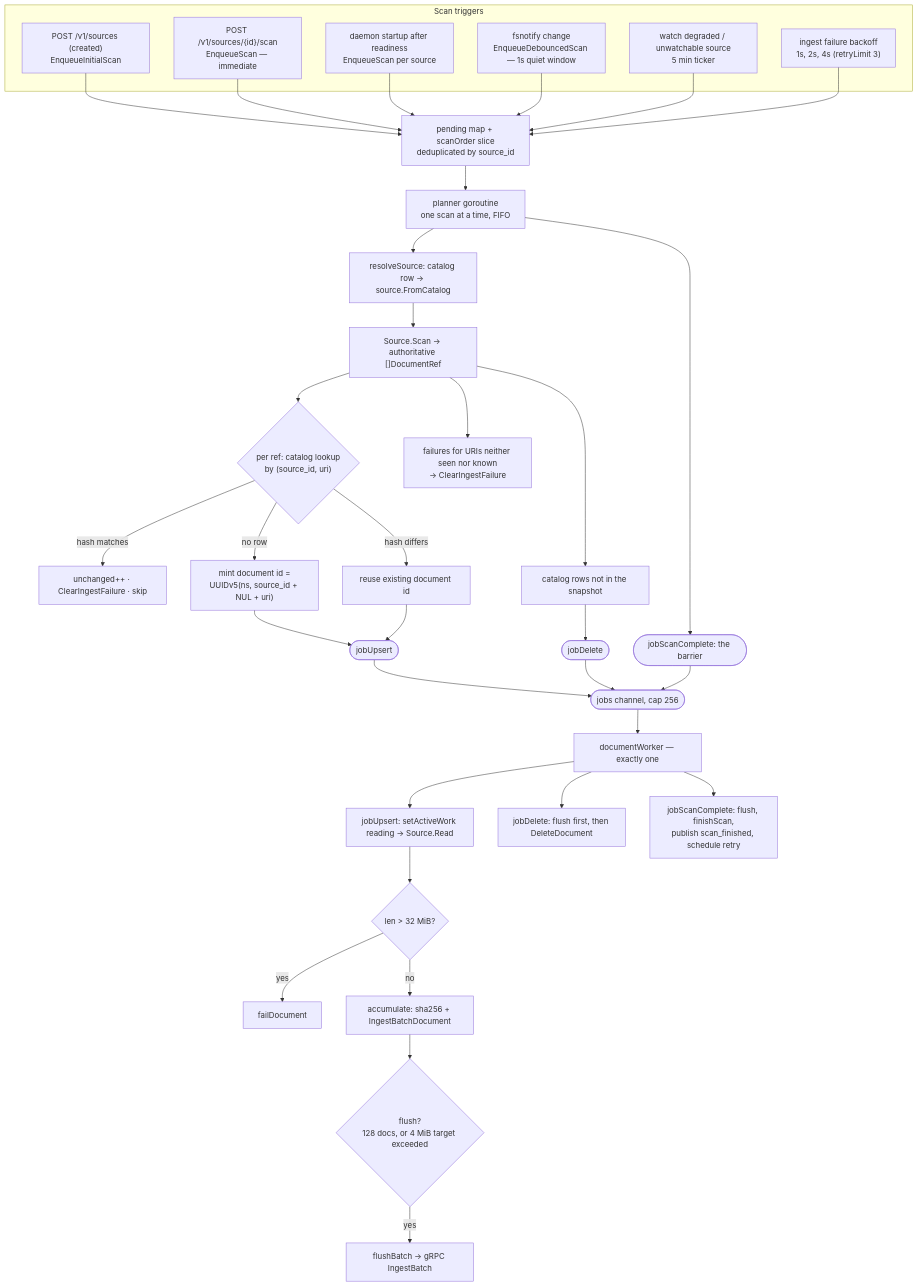
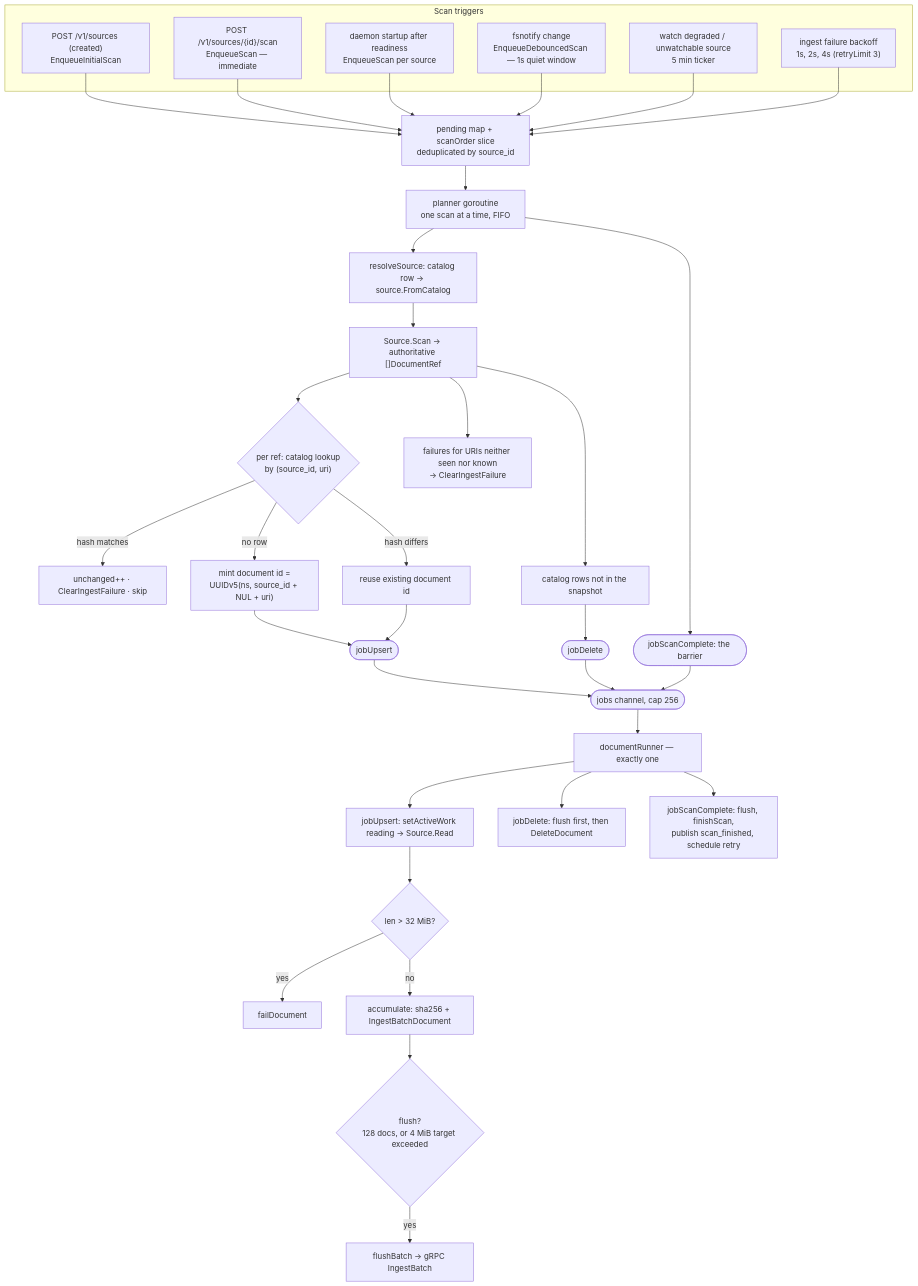
The tenth of 17 diagrams in docs/diagrams.md (alDuncanson/lum), drawn with Mermaid before and after one commit. The commit also changed other lines of this file and 107 other files, not shown here.

````diff
--- a/docs/diagrams.md
+++ b/docs/diagrams.md
@@ -453,38 +453,38 @@
 ```mermaid
 flowchart TB
     subgraph triggers["Scan triggers"]
         T1["POST /v1/sources (created)<br/>EnqueueInitialScan"]
         T2["POST /v1/sources/{id}/scan<br/>EnqueueScan — immediate"]
         T3["daemon startup after readiness<br/>EnqueueScan per source"]
         T4["fsnotify change<br/>EnqueueDebouncedScan — 1s quiet window"]
         T5["watch degraded / unwatchable source<br/>5 min ticker"]
         T6["ingest failure backoff<br/>1s, 2s, 4s (retryLimit 3)"]
     end
 
     T1 & T2 & T3 & T4 & T5 & T6 --> PEND["pending map + scanOrder slice<br/>deduplicated by source_id"]
     PEND --> PLANNER["planner goroutine<br/>one scan at a time, FIFO"]
 
     PLANNER --> RESOLVE["resolveSource: catalog row → source.FromCatalog"]
     RESOLVE --> SNAPSHOT["Source.Scan → authoritative []DocumentRef"]
     SNAPSHOT --> LOOP{"per ref: catalog lookup<br/>by (source_id, uri)"}
     LOOP -->|"hash matches"| SKIP["unchanged++ · ClearIngestFailure · skip"]
     LOOP -->|"no row"| NEW["mint document id =<br/>UUIDv5(ns, source_id + NUL + uri)"]
     LOOP -->|"hash differs"| CHANGED["reuse existing document id"]
     NEW & CHANGED --> JOB(["jobUpsert"])
     SNAPSHOT --> VANISH["catalog rows not in the snapshot"]
     VANISH --> DELJOB(["jobDelete"])
     SNAPSHOT --> STALEFAIL["failures for URIs neither seen nor known<br/>→ ClearIngestFailure"]
     JOB & DELJOB --> CHAN(["jobs channel, cap 256"])
     PLANNER --> DONE(["jobScanComplete: the barrier"])
     DONE --> CHAN
 
-    CHAN --> WORKER["documentWorker — exactly one"]
+    CHAN --> WORKER["documentRunner — exactly one"]
     WORKER --> RD["jobUpsert: setActiveWork reading → Source.Read"]
     RD --> LIMIT{"len > 32 MiB?"}
     LIMIT -->|"yes"| FAIL["failDocument"]
     LIMIT -->|"no"| ACC["accumulate: sha256 + IngestBatchDocument"]
     ACC --> FLUSHQ{"flush?<br/>128 docs, or 4 MiB target exceeded"}
     FLUSHQ -->|"yes"| FLUSH["flushBatch → gRPC IngestBatch"]
     WORKER --> DEL["jobDelete: flush first, then DeleteDocument"]
     WORKER --> FIN["jobScanComplete: flush, finishScan,<br/>publish scan_finished, schedule retry"]
 ```
````
